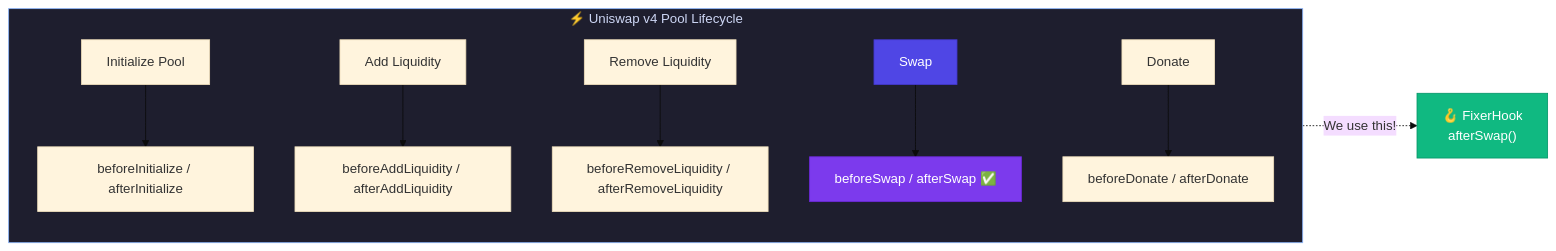
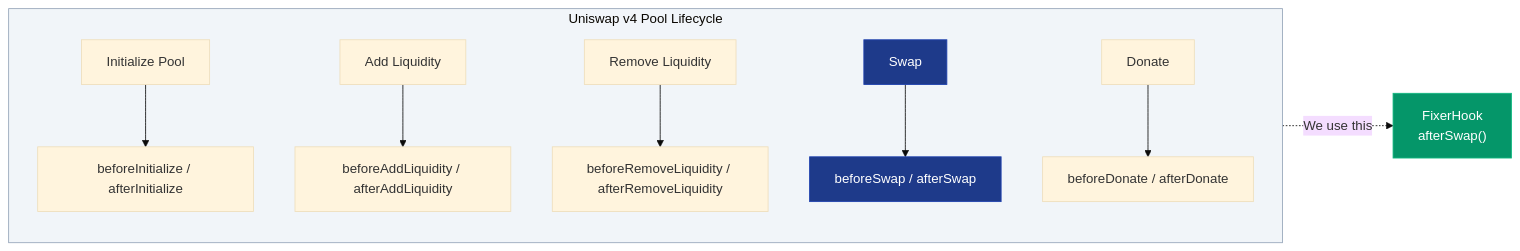
The first of 4 diagrams in README.md (guglxni/the-fixer-hook), drawn with Mermaid (base theme) before and after one commit. The commit also changed other lines of this file and 5 other files, not shown here.

Commit message:
Professional README architecture diagram, emoji cleanup, screenshot removal

````diff
--- a/README.md
+++ b/README.md
@@ -87,18 +69,18 @@
 ```mermaid
 flowchart LR
-    subgraph lifecycle["⚡ Uniswap v4 Pool Lifecycle"]
+    subgraph lifecycle["Uniswap v4 Pool Lifecycle"]
         direction TB
         I["Initialize Pool"] --> IL["beforeInitialize / afterInitialize"]
         AL["Add Liquidity"] --> ALL["beforeAddLiquidity / afterAddLiquidity"]
         RL["Remove Liquidity"] --> RLL["beforeRemoveLiquidity / afterRemoveLiquidity"]
-        S["Swap"] --> SL["beforeSwap / afterSwap ✅"]
+        S["Swap"] --> SL["beforeSwap / afterSwap"]
         D["Donate"] --> DL["beforeDonate / afterDonate"]
     end
 
-    SL -. "We use this!" .-> Hook["🪝 FixerHook\nafterSwap()"]
+    SL -. "We use this" .-> Hook["FixerHook\nafterSwap()"]
 
-    style lifecycle fill:#1E1E2E,color:#CDD6F4,stroke:#89B4FA
-    style S fill:#4F46E5,color:#fff,stroke:#4338CA
-    style SL fill:#7C3AED,color:#fff,stroke:#6D28D9
-    style Hook fill:#10B981,color:#fff,stroke:#059669
+    style lifecycle fill:#f1f5f9,stroke:#94a3b8
+    style S fill:#1e3a8a,color:#fff,stroke:#1e40af
+    style SL fill:#1e3a8a,color:#fff,stroke:#1e40af
+    style Hook fill:#059669,color:#fff,stroke:#10b981
 ```
````
